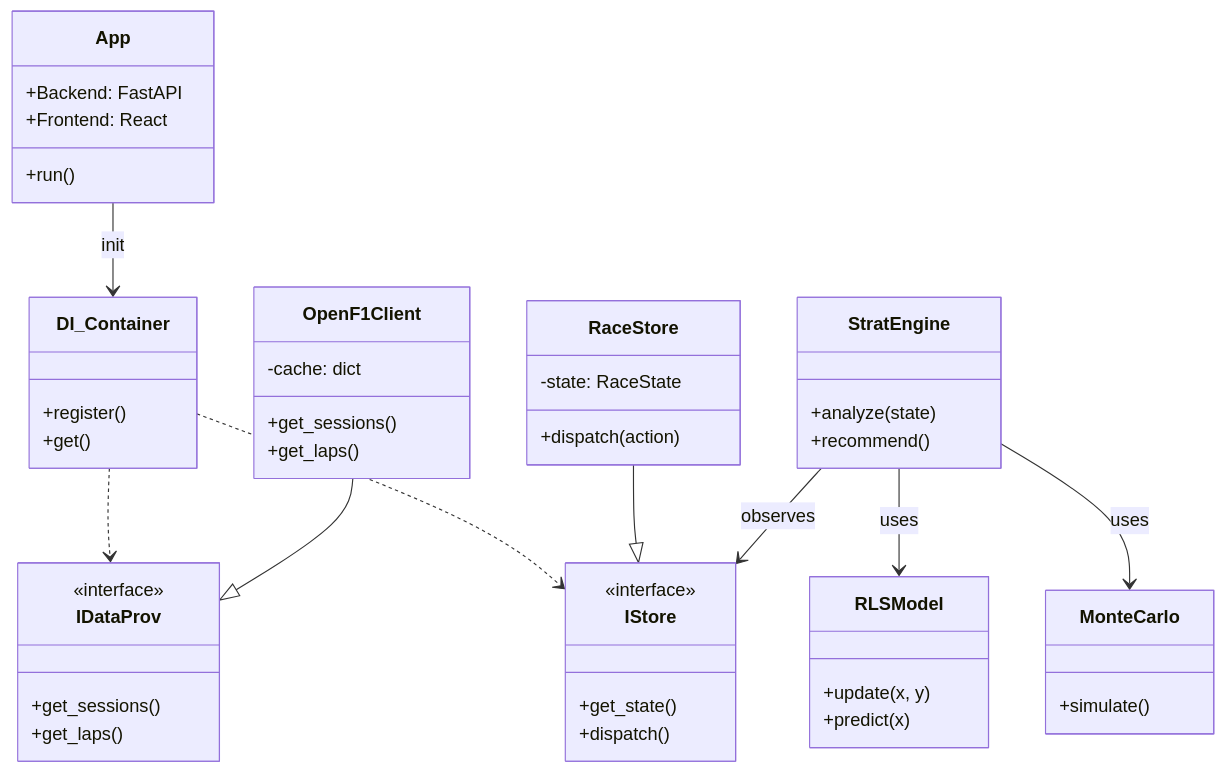
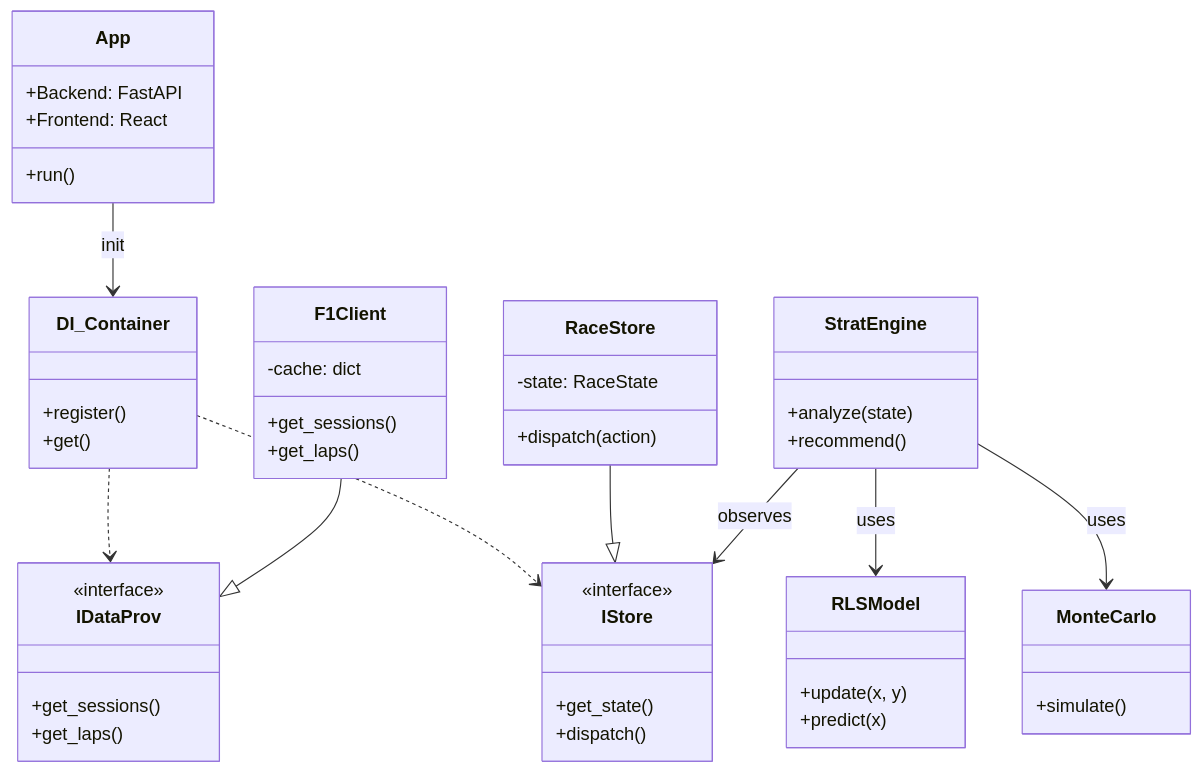
The third of 3 diagrams in wiki/Architecture.md (cagancaliskan/apex), drawn with Mermaid before and after one commit.

Commit message:
docs: shorten OpenF1Client to F1Client to fix diagram overflow

````diff
--- a/wiki/Architecture.md
+++ b/wiki/Architecture.md
@@ -95,68 +95,68 @@
 ```mermaid
 classDiagram
     direction TB
 
     %% Application Core
     class App {
         +Backend: FastAPI
         +Frontend: React
         +run()
     }
 
     class DI_Container {
         +register()
         +get()
     }
 
     %% Interfaces
     class IDataProv {
         <<interface>>
         +get_sessions()
         +get_laps()
     }
     
     class IStore {
         <<interface>>
         +get_state()
         +dispatch()
     }
     
     %% Implementations
-    class OpenF1Client {
+    class F1Client {
         -cache: dict
         +get_sessions()
         +get_laps()
     }
 
     class RaceStore {
         -state: RaceState
         +dispatch(action)
     }
 
     %% Strategy Engine
     class StratEngine {
         +analyze(state)
         +recommend()
     }
     
     class RLSModel {
         +update(x, y)
         +predict(x)
     }
 
     class MonteCarlo {
         +simulate()
     }
 
     %% Relationships
     App --> DI_Container : init
     DI_Container ..> IDataProv
     DI_Container ..> IStore
     
-    OpenF1Client --|> IDataProv
+    F1Client --|> IDataProv
     RaceStore --|> IStore
     
     StratEngine --> IStore : observes
     StratEngine --> RLSModel : uses
     StratEngine --> MonteCarlo : uses
 ```
````
